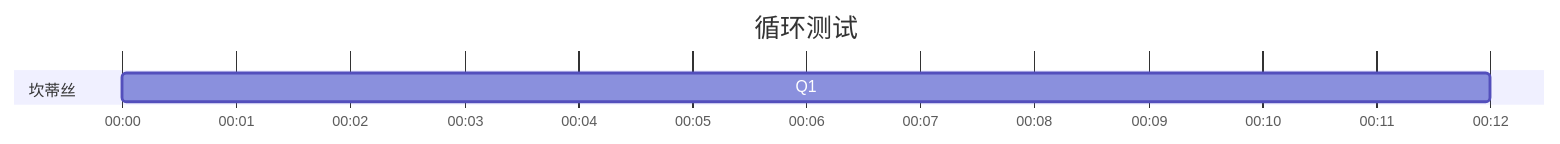
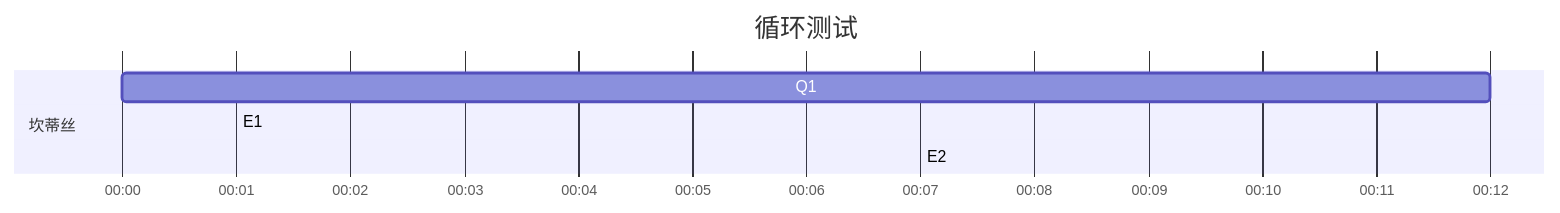
Before and after one commit to JiYouMCC/JiYouMCC.github.io: the second of 2 diagrams in _drafts/2022-1.md, drawn with Mermaid.

````diff
--- a/_drafts/2022-1.md
+++ b/_drafts/2022-1.md
@@ -21,9 +21,11 @@
 ```mermaid
 gantt
     title 循环测试
     axisFormat %M:%S
     todayMarker off
     
     section 坎蒂丝
     Q1   :    a1,2023-01-29 12:00:00, 12s
+    E1   :    2023-01-29 12:00:01, 1S
+    E2   :    2023-01-29 12:00:07, 1S
 ```
````
